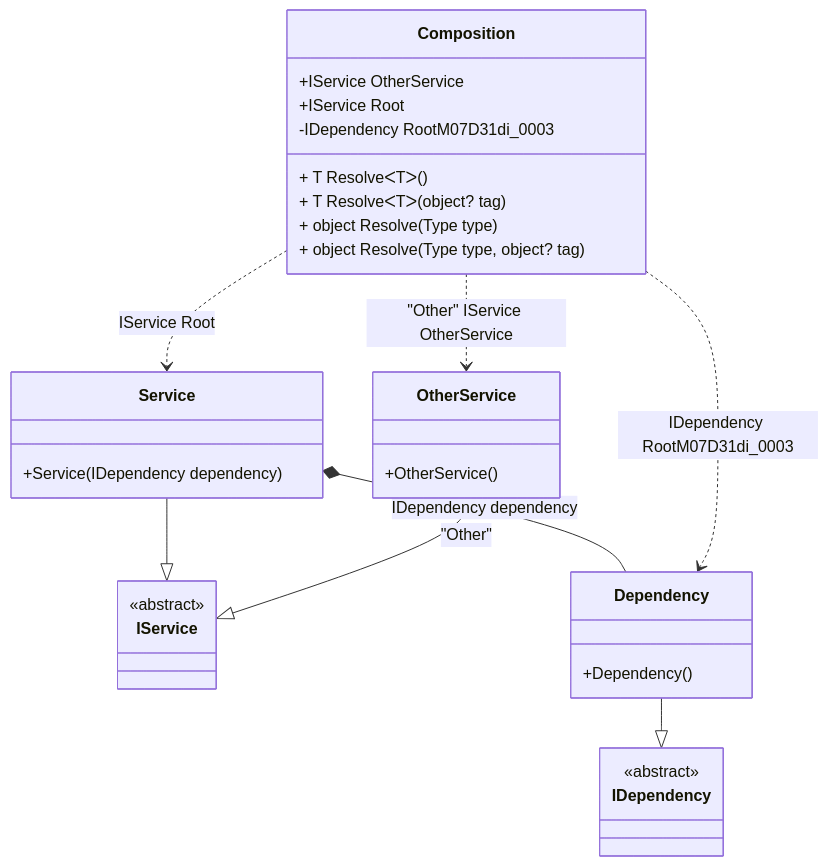
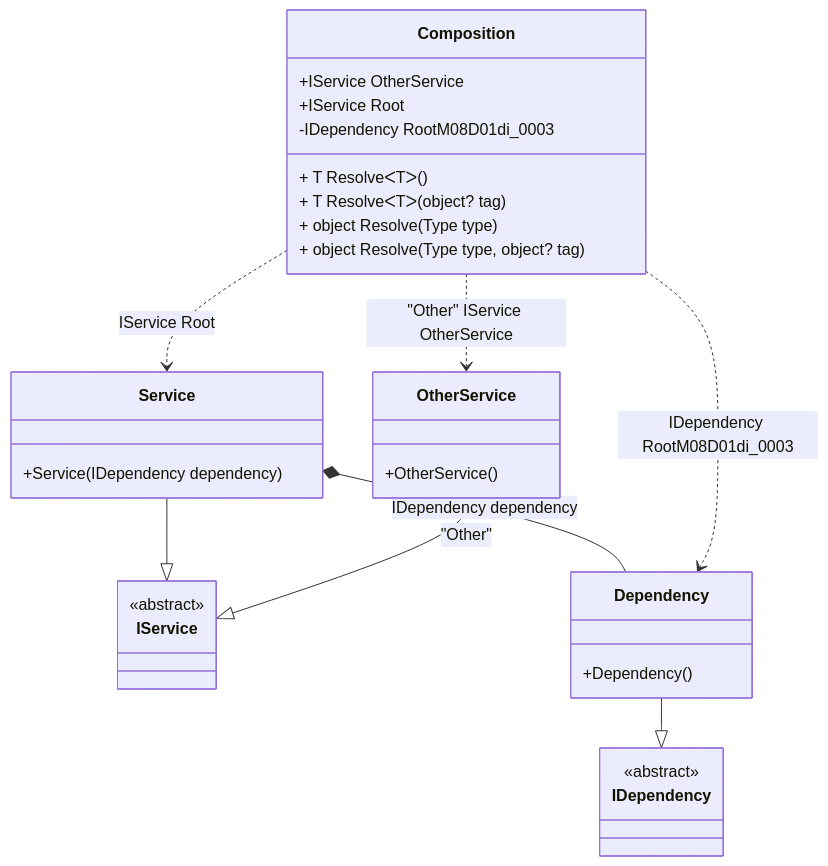
The diagram in readme/composition-roots.md (DevTeam/Pure.DI), drawn with Mermaid before and after one commit. The commit also changed other lines of this file and 55 other files, not shown here.

````diff
--- a/readme/composition-roots.md
+++ b/readme/composition-roots.md
@@ -45,34 +45,34 @@
 ```mermaid
 classDiagram
   class Composition {
     +IService OtherService
     +IService Root
-    -IDependency RootM07D31di_0003
+    -IDependency RootM08D01di_0003
     + T ResolveᐸTᐳ()
     + T ResolveᐸTᐳ(object? tag)
     + object Resolve(Type type)
     + object Resolve(Type type, object? tag)
   }
   Service --|> IService : 
   class Service {
     +Service(IDependency dependency)
   }
   OtherService --|> IService : "Other" 
   class OtherService {
     +OtherService()
   }
   Dependency --|> IDependency : 
   class Dependency {
     +Dependency()
   }
   class IService {
     <<abstract>>
   }
   class IDependency {
     <<abstract>>
   }
   Service *--  Dependency : IDependency dependency
   Composition ..> Service : IService Root
   Composition ..> OtherService : "Other" IService OtherService
-  Composition ..> Dependency : IDependency RootM07D31di_0003
+  Composition ..> Dependency : IDependency RootM08D01di_0003
 ```
````
